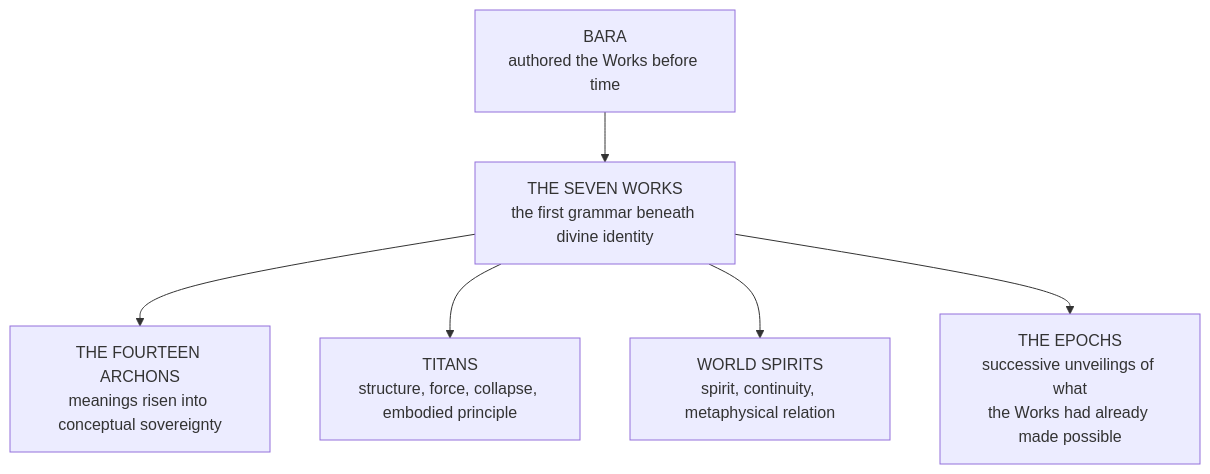
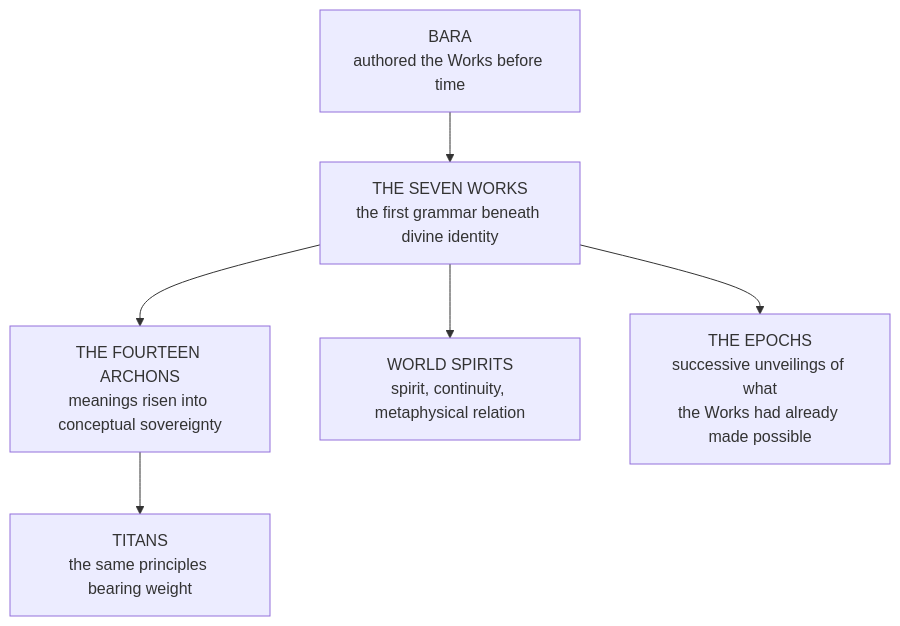
The diagram in wiki/The Disciplines/Schools and Bloodline Arts/Hataraki — The Works of the Plane of Fate/Hataraki — The Works of the Plane of Fate.md (vispotvision/wotr-rule-index), drawn with Mermaid before and after one commit. The commit also changed other lines of this file and 188 other files, not shown here.

````diff
--- a/wiki/The Disciplines/Schools and Bloodline Arts/Hataraki — The Works of the Plane of Fate/Hataraki — The Works of the Plane of Fate.md
+++ b/wiki/The Disciplines/Schools and Bloodline Arts/Hataraki — The Works of the Plane of Fate/Hataraki — The Works of the Plane of Fate.md
@@ -65,9 +73,9 @@
 ```mermaid
 flowchart TD
     B["BARA<br>authored the Works before time"]
     B --> W["THE SEVEN WORKS<br>the first grammar beneath divine identity"]
     W --> A["THE FOURTEEN ARCHONS<br>meanings risen into conceptual sovereignty"]
-    W --> T["TITANS<br>structure, force, collapse, embodied principle"]
+    A --> T["TITANS<br>the same principles bearing weight"]
     W --> WS["WORLD SPIRITS<br>spirit, continuity, metaphysical relation"]
     W --> E["THE EPOCHS<br>successive unveilings of what<br>the Works had already made possible"]
 ```
````
